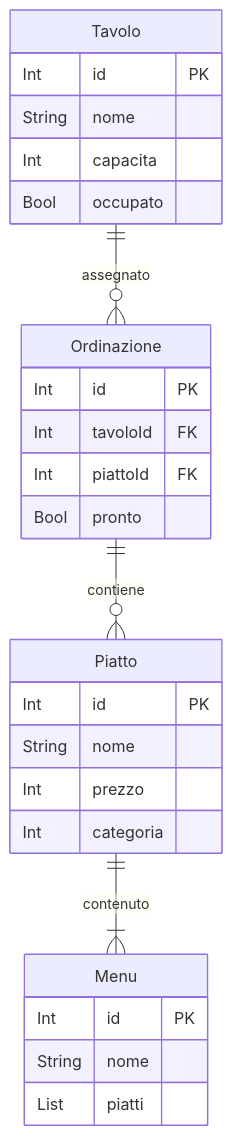
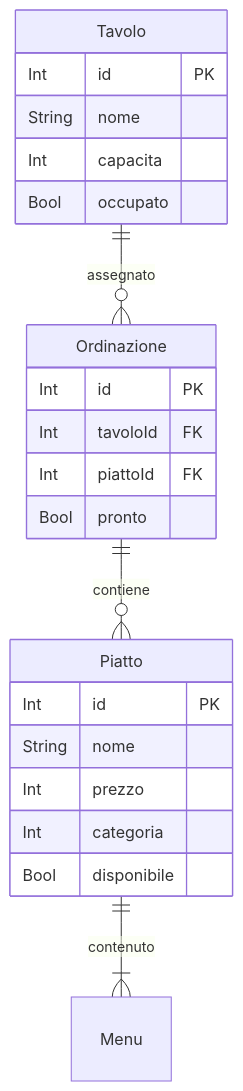
One commit to carlopog/esercitazioni-dotnet-2024 changed the diagram in JSON/README.md. Above: the diagram before and after it, drawn with Mermaid. The commit also changed 9 other files, not shown here.

````diff
--- a/JSON/README.md
+++ b/JSON/README.md
@@ -114,30 +114,27 @@
 ```mermaid
 
 erDiagram
     Piatto ||--|{ Menu : contenuto
     Ordinazione ||--o{ Piatto : contiene
     Tavolo ||--o{ Ordinazione : assegnato
     Tavolo {
         Int id PK
         String nome
         Int capacita
         Bool occupato
     }
     Ordinazione {
         Int id PK
         Int tavoloId FK
         Int piattoId FK
         Bool pronto
     }
     Piatto {
         Int id PK
         String nome
         Int prezzo
         Int categoria
+        Bool disponibile
     }
-     Menu {
-        Int id PK
-        String nome
-        List piatti
-    }
+  
 ```
````
